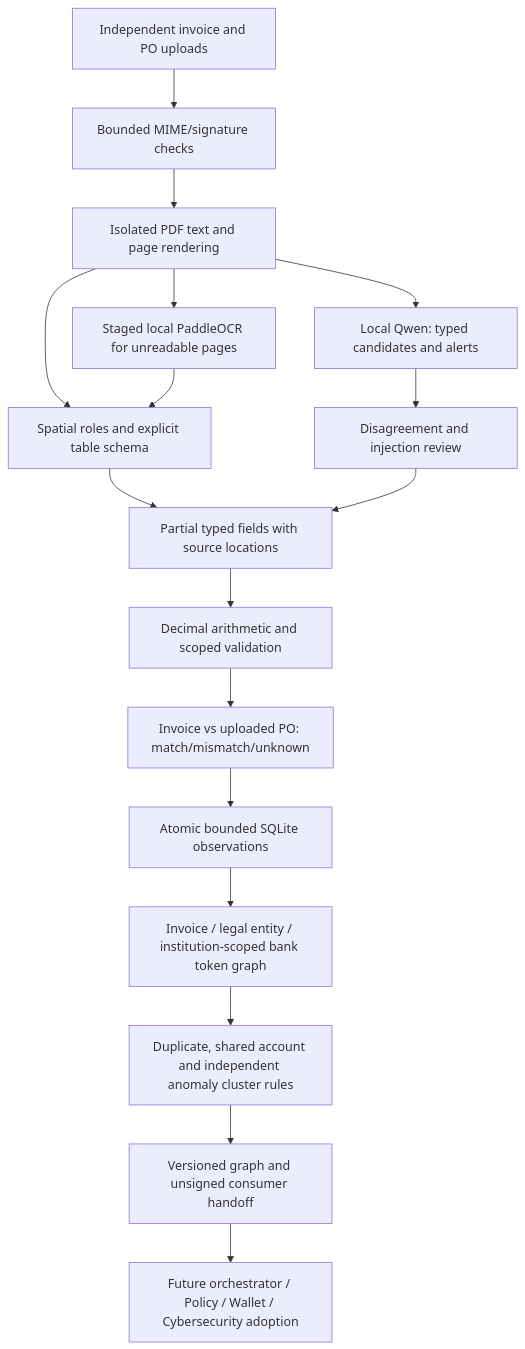
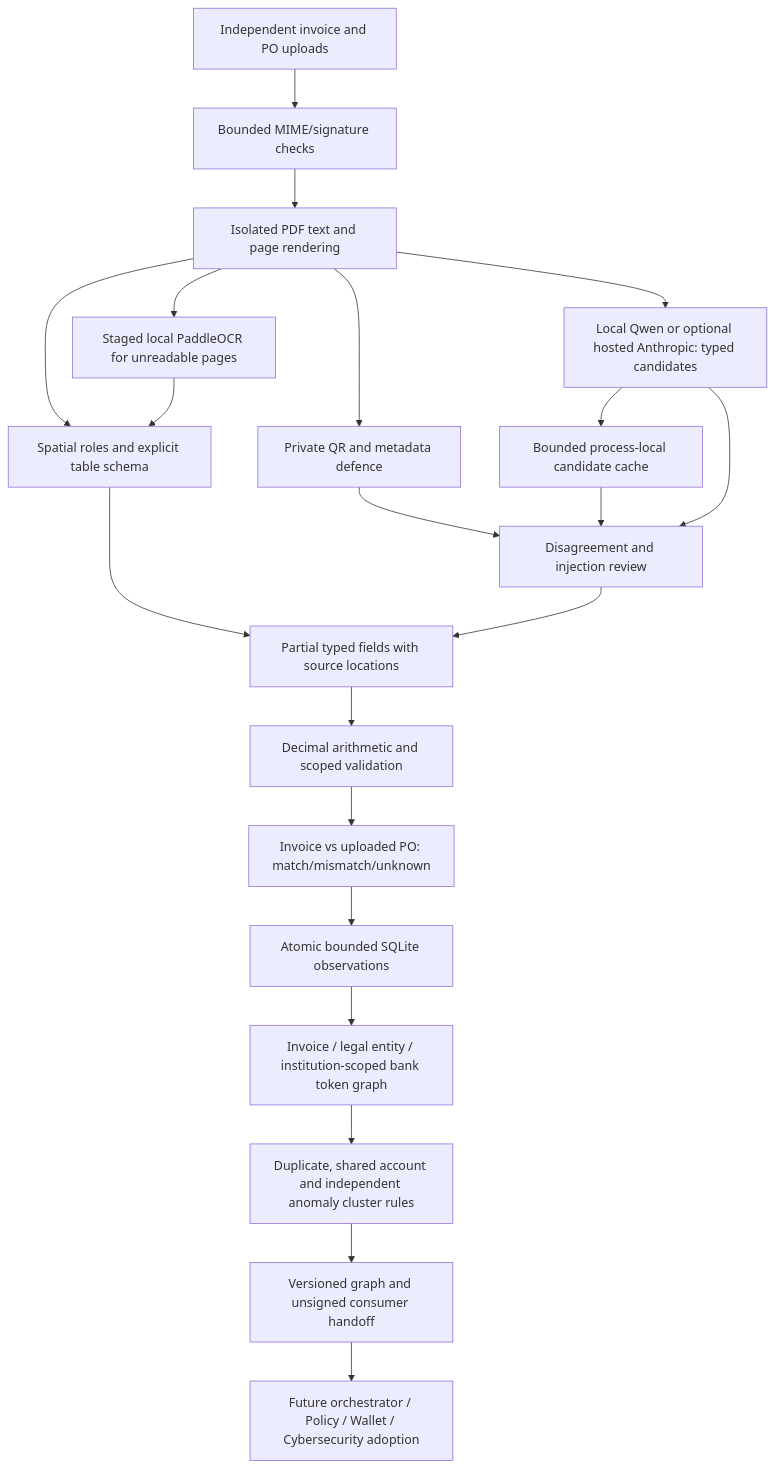
One commit to Khawpuneiei/ReceivableOS changed the diagram in services/ocr-ai/docs/ARCHITECTURE.md. Above: the diagram before and after it, drawn with Mermaid. The commit also changed other lines of this file and 22 other files, not shown here.

````diff
--- a/services/ocr-ai/docs/ARCHITECTURE.md
+++ b/services/ocr-ai/docs/ARCHITECTURE.md
@@ -5,19 +5,23 @@
 ```mermaid
 flowchart TD
     Upload[Independent invoice and PO uploads] --> Ingest[Bounded MIME/signature checks]
     Ingest --> Parser[Isolated PDF text and page rendering]
     Parser --> Paddle[Staged local PaddleOCR for unreadable pages]
     Parser --> Layout[Spatial roles and explicit table schema]
     Paddle --> Layout
-    Parser --> Qwen[Local Qwen: typed candidates and alerts]
+    Parser --> Qwen[Local Qwen or optional hosted Anthropic: typed candidates]
+    Parser --> QR[Private QR and metadata defence]
+    QR --> Audit
+    Qwen --> Cache[Bounded process-local candidate cache]
+    Cache --> Audit
     Qwen --> Audit[Disagreement and injection review]
     Layout --> Evidence[Partial typed fields with source locations]
     Audit --> Evidence
     Evidence --> Validate[Decimal arithmetic and scoped validation]
     Validate --> Compare[Invoice vs uploaded PO: match/mismatch/unknown]
     Compare --> History[Atomic bounded SQLite observations]
     History --> Graph[Invoice / legal entity / institution-scoped bank token graph]
     Graph --> Rules[Duplicate, shared account and independent anomaly cluster rules]
     Rules --> Output[Versioned graph and unsigned consumer handoff]
     Output --> Consumer[Future orchestrator / Policy / Wallet / Cybersecurity adoption]
 ```
````
